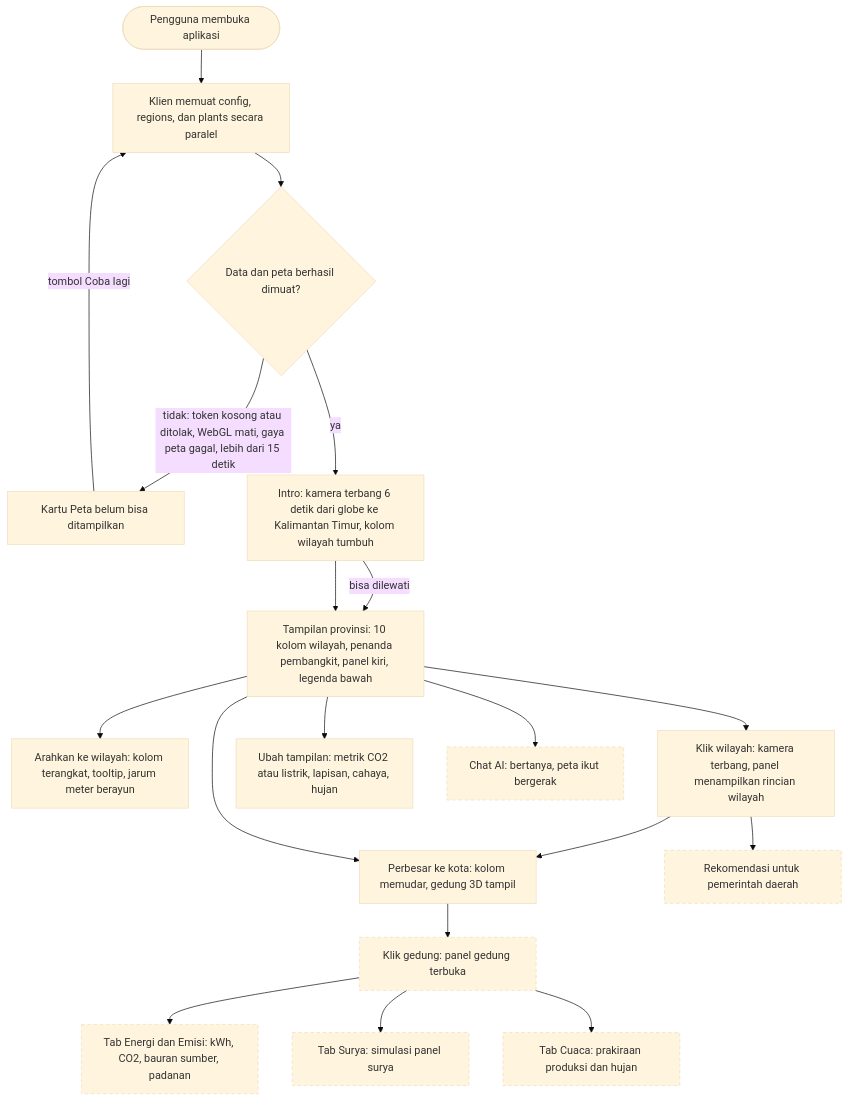
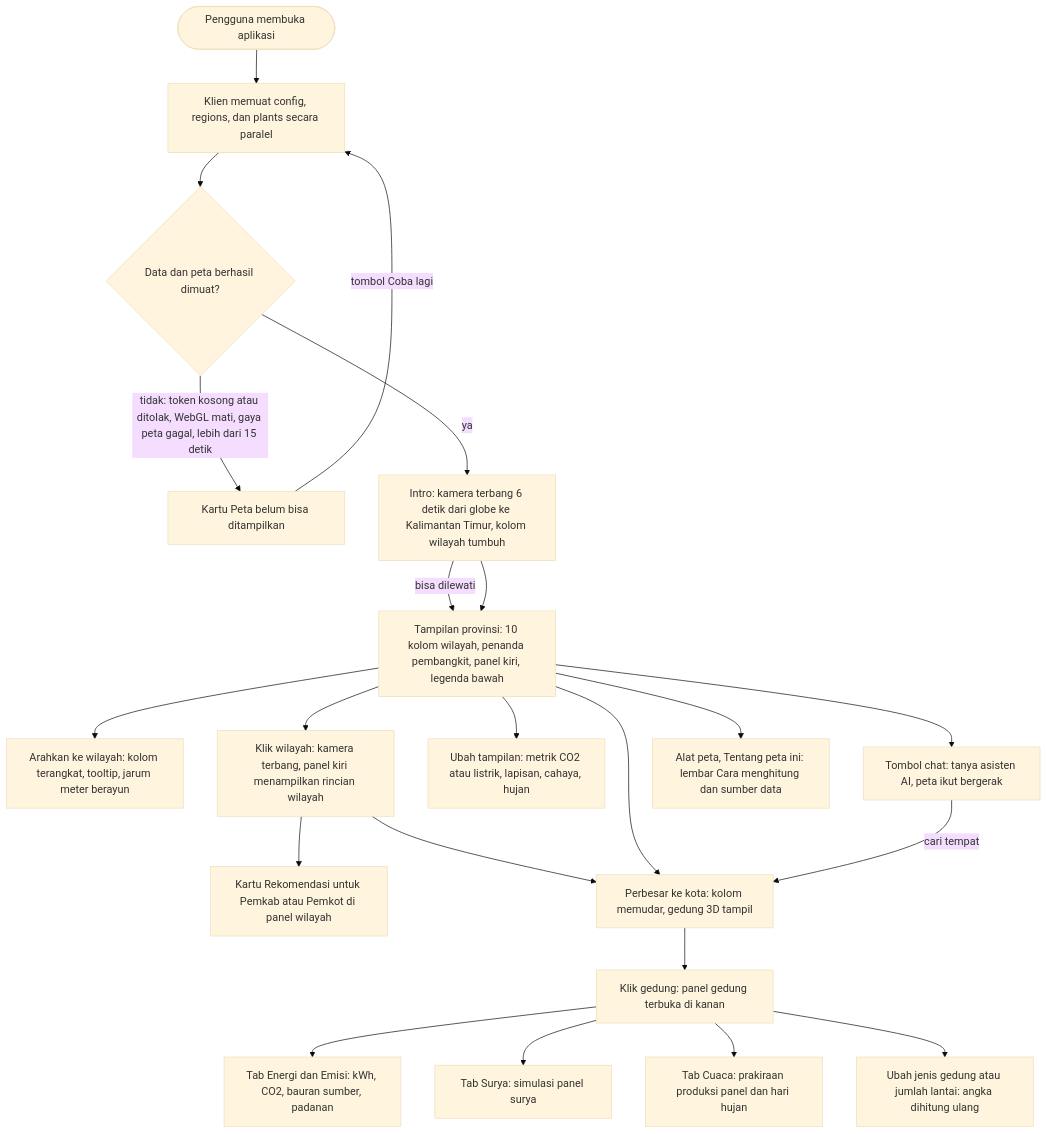
One commit to akhmadqasim/malas-ngoding changed the first of 7 diagrams in docs/technical/flows.md. Above: the diagram before and after it, drawn with Mermaid (base theme). The commit also changed other lines of this file and 8 other files, not shown here.

````diff
--- a/docs/technical/flows.md
+++ b/docs/technical/flows.md
@@ -21,24 +19,24 @@
 ```mermaid
 flowchart TD
   A(["Pengguna membuka aplikasi"]) --> B["Klien memuat config, regions, dan plants secara paralel"]
   B --> C{"Data dan peta berhasil dimuat?"}
   C -->|"tidak: token kosong atau ditolak, WebGL mati, gaya peta gagal, lebih dari 15 detik"| F["Kartu Peta belum bisa ditampilkan"]
   F -->|"tombol Coba lagi"| B
   C -->|ya| D["Intro: kamera terbang 6 detik dari globe ke Kalimantan Timur, kolom wilayah tumbuh"]
   D -->|"bisa dilewati"| E
   D --> E["Tampilan provinsi: 10 kolom wilayah, penanda pembangkit, panel kiri, legenda bawah"]
   E --> G["Arahkan ke wilayah: kolom terangkat, tooltip, jarum meter berayun"]
-  E --> H["Klik wilayah: kamera terbang, panel menampilkan rincian wilayah"]
+  E --> H["Klik wilayah: kamera terbang, panel kiri menampilkan rincian wilayah"]
   E --> I["Ubah tampilan: metrik CO2 atau listrik, lapisan, cahaya, hujan"]
+  H --> P["Kartu Rekomendasi untuk Pemkab atau Pemkot di panel wilayah"]
   H --> J["Perbesar ke kota: kolom memudar, gedung 3D tampil"]
   E --> J
-  J --> K["Klik gedung: panel gedung terbuka"]
+  J --> K["Klik gedung: panel gedung terbuka di kanan"]
   K --> L["Tab Energi dan Emisi: kWh, CO2, bauran sumber, padanan"]
   K --> M["Tab Surya: simulasi panel surya"]
-  K --> N["Tab Cuaca: prakiraan produksi dan hujan"]
-  E --> O["Chat AI: bertanya, peta ikut bergerak"]
-  H --> P["Rekomendasi untuk pemerintah daerah"]
-
-  classDef pending stroke-dasharray: 5 4
-  class K,L,M,N,O,P pending
+  K --> N["Tab Cuaca: prakiraan produksi panel dan hari hujan"]
+  K --> Q["Ubah jenis gedung atau jumlah lantai: angka dihitung ulang"]
+  E --> O["Tombol chat: tanya asisten AI, peta ikut bergerak"]
+  O -->|"cari tempat"| J
+  E --> R["Alat peta, Tentang peta ini: lembar Cara menghitung dan sumber data"]
 ```
````
